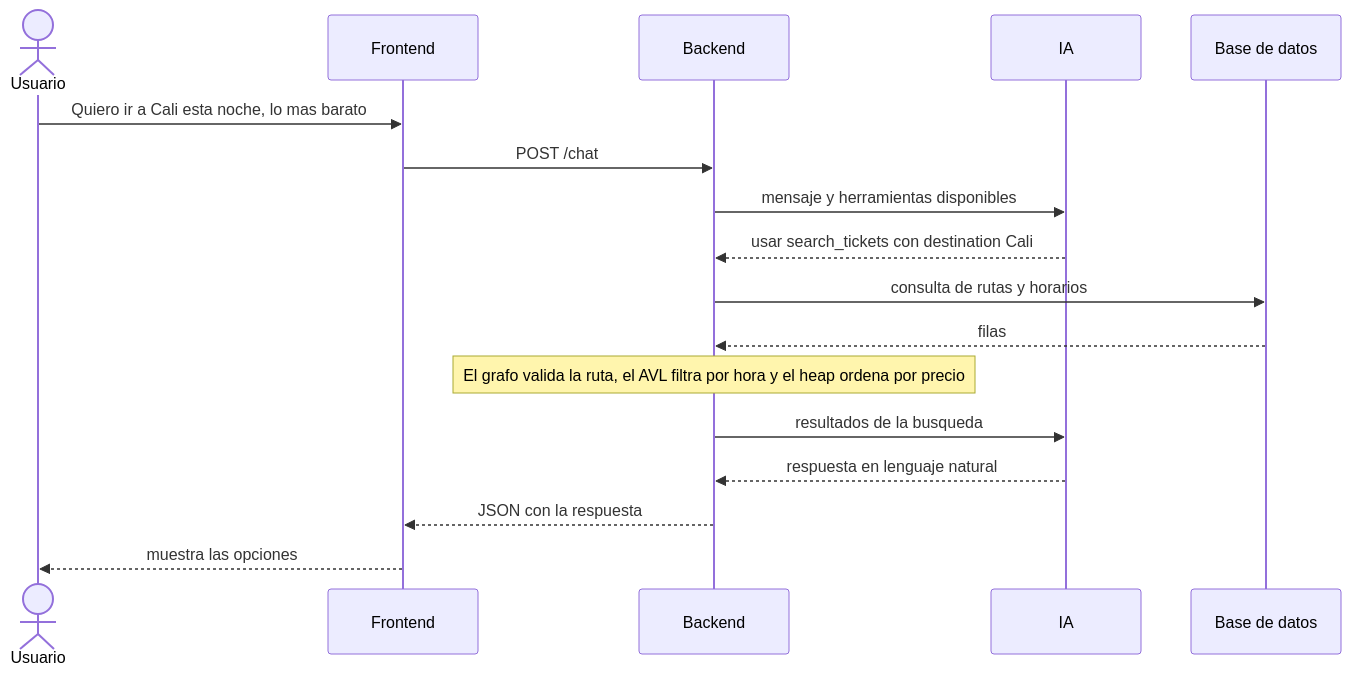
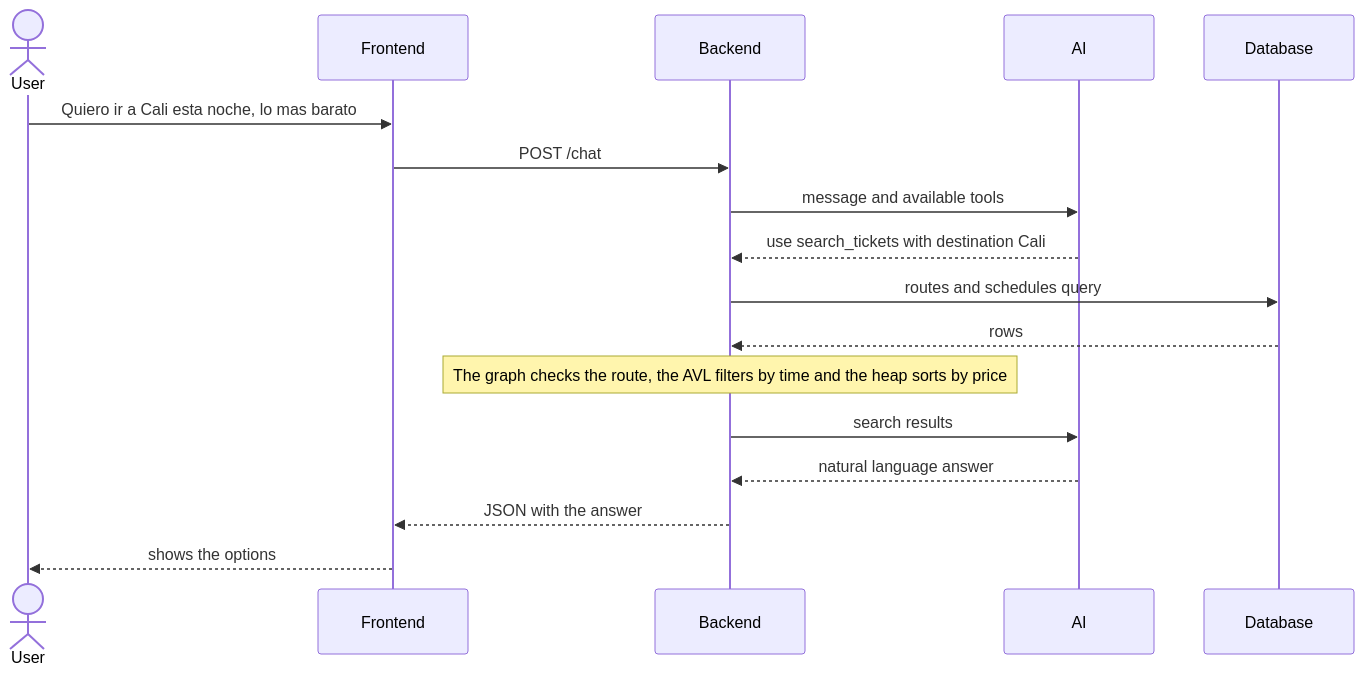
One commit to terminapp-pasto/terminapp-backend changed the fourth of 4 diagrams in README.md. Above: the diagram before and after it, drawn with Mermaid. The commit also changed other lines of this file and 24 other files, not shown here.

````diff
--- a/README.md
+++ b/README.md
@@ -252,20 +255,20 @@
 ```mermaid
 sequenceDiagram
-    actor U as Usuario
+    actor U as User
     participant F as Frontend
     participant B as Backend
-    participant IA as IA
-    participant BD as Base de datos
+    participant AI as AI
+    participant DB as Database
 
     U->>F: Quiero ir a Cali esta noche, lo mas barato
     F->>B: POST /chat
-    B->>IA: mensaje y herramientas disponibles
-    IA-->>B: usar search_tickets con destination Cali
-    B->>BD: consulta de rutas y horarios
-    BD-->>B: filas
-    Note over B: El grafo valida la ruta, el AVL filtra por hora y el heap ordena por precio
-    B->>IA: resultados de la busqueda
-    IA-->>B: respuesta en lenguaje natural
-    B-->>F: JSON con la respuesta
-    F-->>U: muestra las opciones
+    B->>AI: message and available tools
+    AI-->>B: use search_tickets with destination Cali
+    B->>DB: routes and schedules query
+    DB-->>B: rows
+    Note over B: The graph checks the route, the AVL filters by time and the heap sorts by price
+    B->>AI: search results
+    AI-->>B: natural language answer
+    B-->>F: JSON with the answer
+    F-->>U: shows the options
 ```
````
